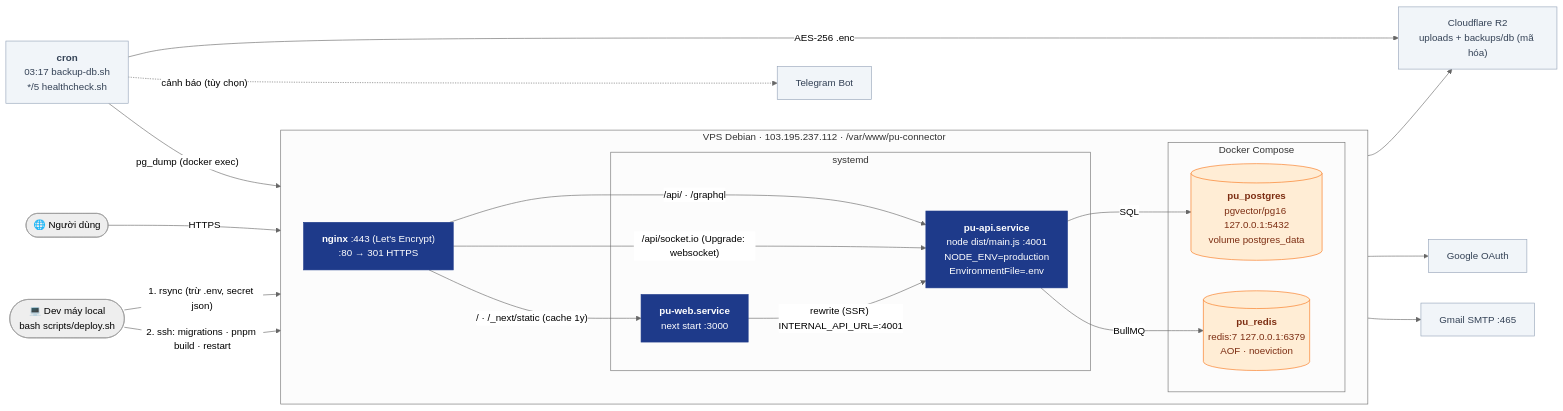
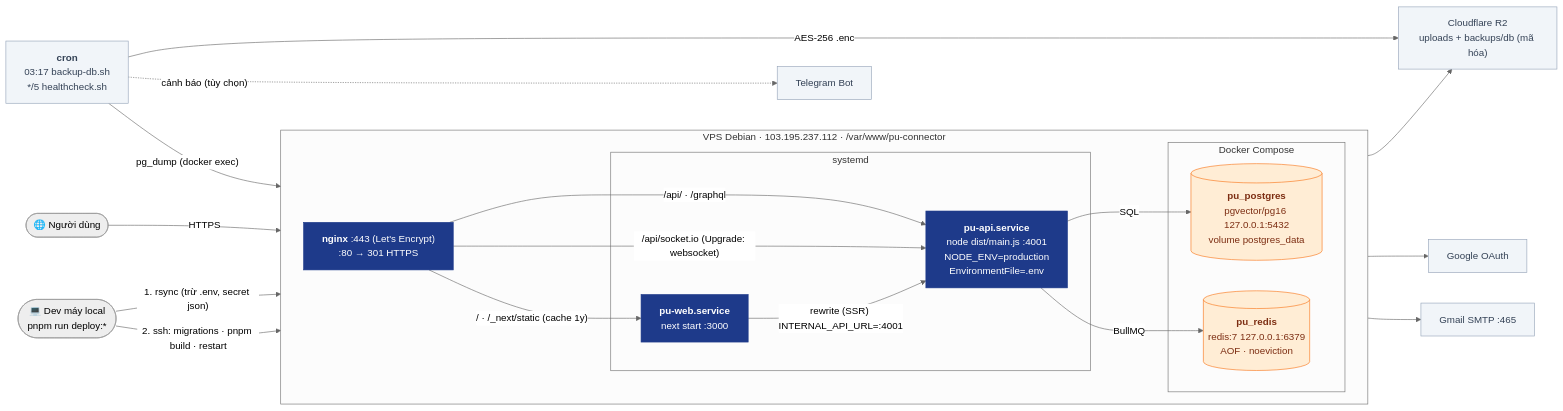
The first of 2 diagrams in docs/diagrams/06-deployment.md (nhatcoi/pu-connect), drawn with Mermaid (neutral theme) before and after one commit. The commit also changed other lines of this file and 36 other files, not shown here.

````diff
--- a/docs/diagrams/06-deployment.md
+++ b/docs/diagrams/06-deployment.md
@@ -5,45 +5,45 @@
 ```mermaid
 flowchart LR
   user(["🌐 Người dùng"])
-  dev(["💻 Dev máy local<br/>bash scripts/deploy.sh"])
+  dev(["💻 Dev máy local<br/>pnpm run deploy:*"])
 
   subgraph VPS["VPS Debian · 103.195.237.112 · /var/www/pu-connector"]
     direction LR
     nginx["<b>nginx</b> :443 (Let's Encrypt)<br/>:80 → 301 HTTPS"]
     subgraph systemd["systemd"]
       web["<b>pu-web.service</b><br/>next start :3000"]
       api["<b>pu-api.service</b><br/>node dist/main.js :4001<br/>NODE_ENV=production<br/>EnvironmentFile=.env"]
     end
     subgraph docker["Docker Compose"]
       pg[("<b>pu_postgres</b><br/>pgvector/pg16 127.0.0.1:5432<br/>volume postgres_data")]
       redis[("<b>pu_redis</b><br/>redis:7 127.0.0.1:6379<br/>AOF · noeviction")]
     end
   end
 
   r2["Cloudflare R2<br/>uploads + backups/db (mã hóa)"]
   google["Google OAuth"]
   gmail["Gmail SMTP :465"]
 
   user -->|HTTPS| nginx
   nginx -->|"/  ·  /_next/static (cache 1y)"| web
   nginx -->|"/api/  ·  /graphql"| api
   nginx -->|"/api/socket.io (Upgrade: websocket)"| api
   web -->|"rewrite (SSR) INTERNAL_API_URL=:4001"| api
   api -->|SQL| pg
   api -->|BullMQ| redis
   api --> r2 & google & gmail
   cron["<b>cron</b><br/>03:17 backup-db.sh<br/>*/5 healthcheck.sh"]
   cron -->|"pg_dump (docker exec)"| pg
   cron -->|"AES-256 .enc"| r2
   cron -.->|"cảnh báo (tùy chọn)"| tg["Telegram Bot"]
 
   dev -->|"1. rsync (trừ .env, secret json)"| VPS
   dev -->|"2. ssh: migrations · pnpm build · restart"| VPS
 
   classDef app fill:#1e3a8a,stroke:#1e3a8a,color:#fff
   classDef store fill:#ffedd5,stroke:#f97316,color:#7c2d12
   classDef external fill:#f1f5f9,stroke:#94a3b8,color:#334155
   class web,api,nginx app
   class pg,redis store
   class r2,google,gmail,tg,cron external
 ```
````
